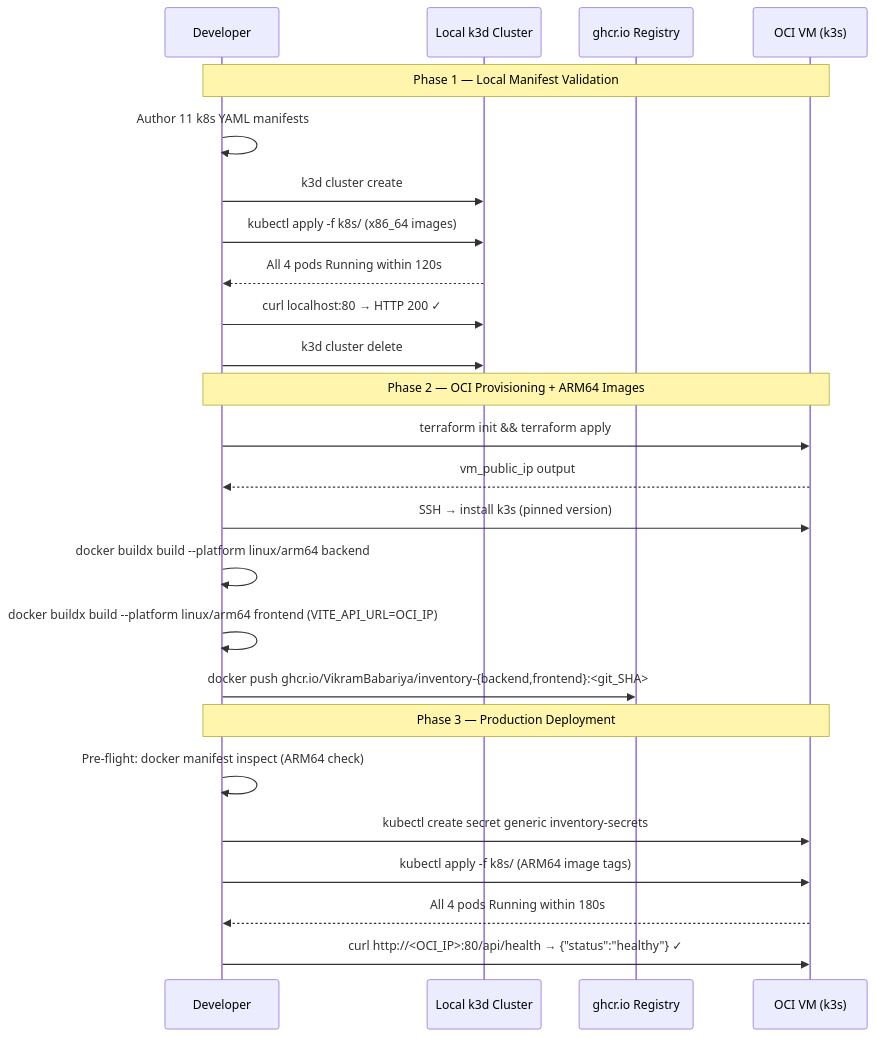
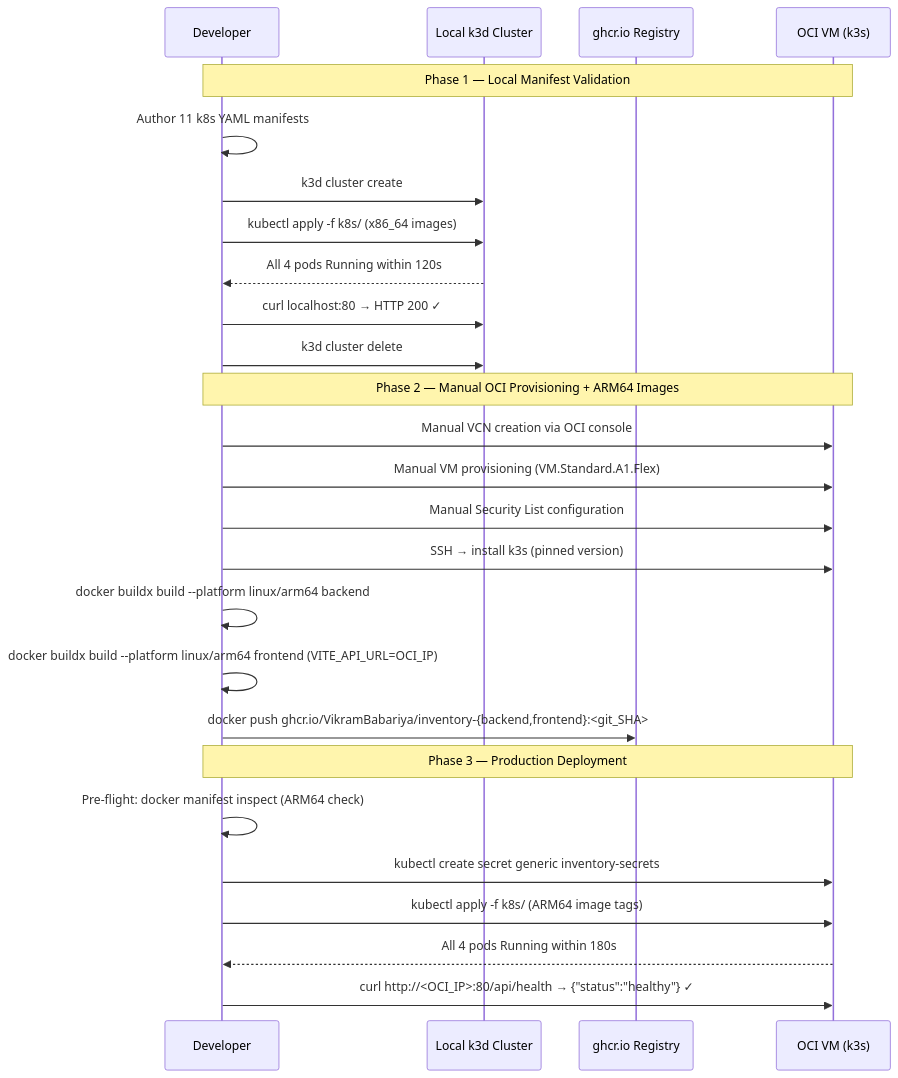
One commit to VikramBabariya/inventory-system changed the second of 2 diagrams in .kiro/specs/k8s-migration/design.md. Above: the diagram before and after it, drawn with Mermaid. The commit also changed other lines of this file and 2 other files, not shown here.

First line of the commit message:
docs: update k8s migration specs to reflect manual OCI provisioning

````diff
--- a/.kiro/specs/k8s-migration/design.md
+++ b/.kiro/specs/k8s-migration/design.md
@@ -114,30 +114,31 @@
 ```mermaid
 sequenceDiagram
     participant Dev as Developer
     participant k3d as Local k3d Cluster
     participant GHCR as ghcr.io Registry
     participant OCI as OCI VM (k3s)
 
     Note over Dev,OCI: Phase 1 — Local Manifest Validation
     Dev->>Dev: Author 11 k8s YAML manifests
     Dev->>k3d: k3d cluster create
     Dev->>k3d: kubectl apply -f k8s/ (x86_64 images)
     k3d-->>Dev: All 4 pods Running within 120s
     Dev->>k3d: curl localhost:80 → HTTP 200 ✓
     Dev->>k3d: k3d cluster delete
 
-    Note over Dev,OCI: Phase 2 — OCI Provisioning + ARM64 Images
-    Dev->>OCI: terraform init && terraform apply
-    OCI-->>Dev: vm_public_ip output
+    Note over Dev,OCI: Phase 2 — Manual OCI Provisioning + ARM64 Images
+    Dev->>OCI: Manual VCN creation via OCI console
+    Dev->>OCI: Manual VM provisioning (VM.Standard.A1.Flex)
+    Dev->>OCI: Manual Security List configuration
     Dev->>OCI: SSH → install k3s (pinned version)
     Dev->>Dev: docker buildx build --platform linux/arm64 backend
     Dev->>Dev: docker buildx build --platform linux/arm64 frontend (VITE_API_URL=OCI_IP)
     Dev->>GHCR: docker push ghcr.io/VikramBabariya/inventory-{backend,frontend}:<git_SHA>
 
     Note over Dev,OCI: Phase 3 — Production Deployment
     Dev->>Dev: Pre-flight: docker manifest inspect (ARM64 check)
     Dev->>OCI: kubectl create secret generic inventory-secrets
     Dev->>OCI: kubectl apply -f k8s/ (ARM64 image tags)
     OCI-->>Dev: All 4 pods Running within 180s
     Dev->>OCI: curl http://<OCI_IP>:80/api/health → {"status":"healthy"} ✓
 ```
````
